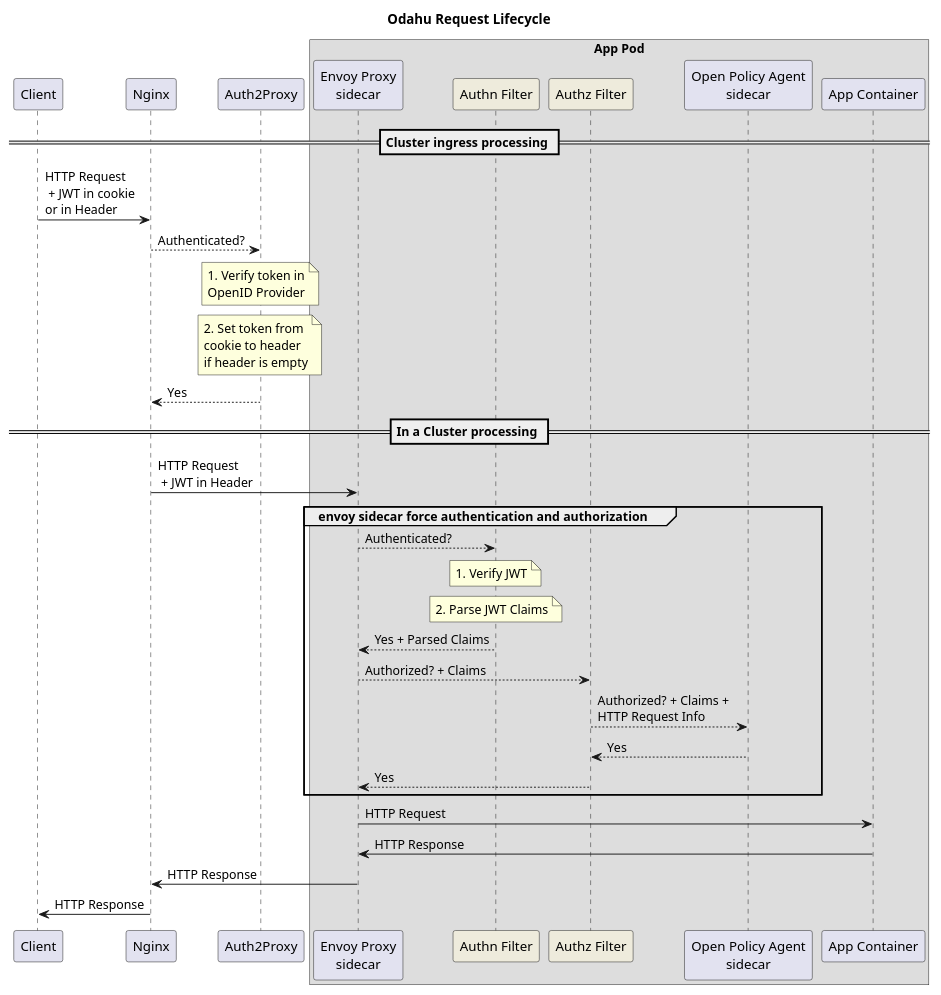
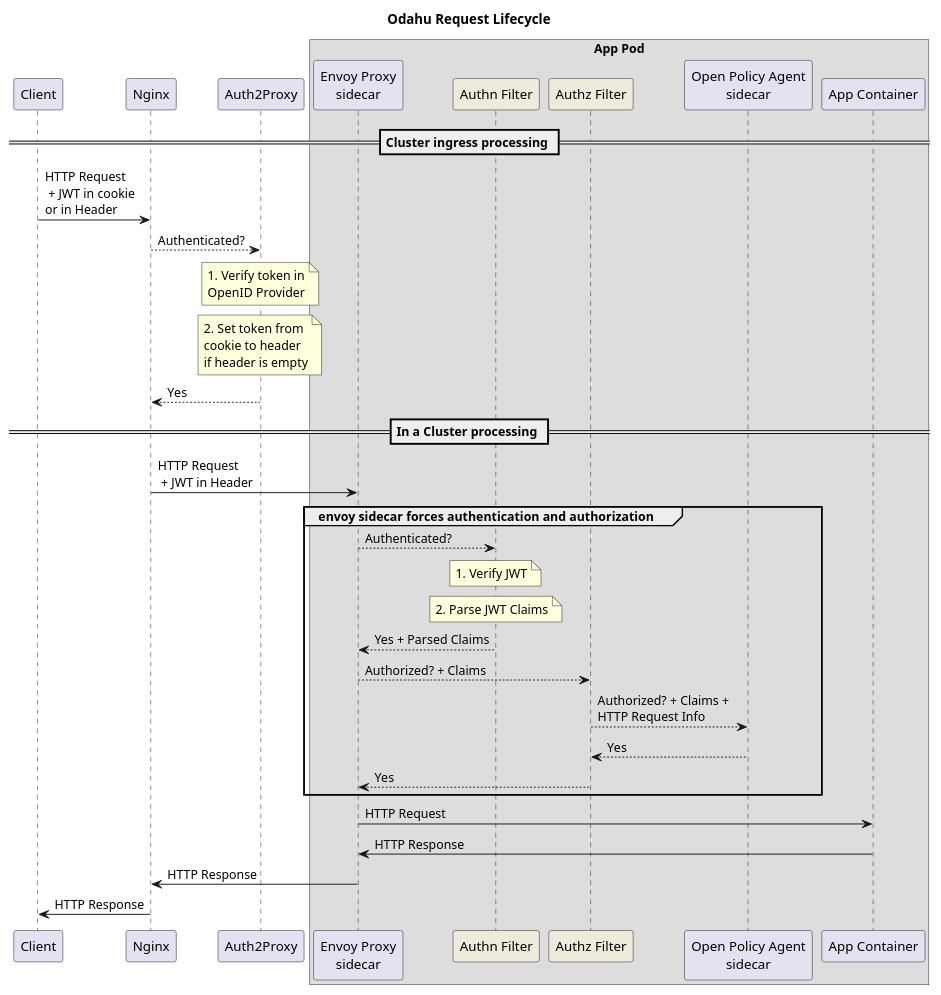
One commit to odahu/odahu-docs changed the diagram in source/uml/odahu_security_sequence.puml. Above: the diagram before and after it, drawn with PlantUML. The commit also changed 1 other file, not shown here.

```diff
--- a/source/uml/odahu_security_sequence.puml
+++ b/source/uml/odahu_security_sequence.puml
@@ -1,43 +1,43 @@
 @startuml
 
 participant Client order 10
 participant Nginx order 20
 participant Auth2Proxy order 30
 
 box "App Pod"
 participant "Envoy Proxy\nsidecar" order 40
 participant "Authn Filter" order 40 #EEEBDC
 participant "Authz Filter" order 50 #EEEBDC
 
 participant "Open Policy Agent\nsidecar" order 60
 participant "App Container" order 70
 endbox
 
 title Odahu Request Lifecycle
 
 == Cluster ingress processing ==
 
 Client -> Nginx: HTTP Request\n + JWT in cookie\nor in Header
 Nginx --> Auth2Proxy: Authenticated?
 note over Auth2Proxy: 1. Verify token in\nOpenID Provider
 note over Auth2Proxy: 2. Set token from \ncookie to header\nif header is empty
 Auth2Proxy --> Nginx: Yes
 == In a Cluster processing ==
 Nginx -> "Envoy Proxy\nsidecar": HTTP Request\n + JWT in Header
 
-group envoy sidecar force authentication and authorization
+group envoy sidecar forces authentication and authorization
 "Envoy Proxy\nsidecar" --> "Authn Filter": Authenticated?
 note over "Authn Filter": 1. Verify JWT
 note over "Authn Filter": 2. Parse JWT Claims
 "Authn Filter" --> "Envoy Proxy\nsidecar": Yes + Parsed Claims
 "Envoy Proxy\nsidecar" --> "Authz Filter": Authorized? + Claims
 "Authz Filter" --> "Open Policy Agent\nsidecar": Authorized? + Claims + \nHTTP Request Info
 "Open Policy Agent\nsidecar" --> "Authz Filter": Yes
 "Authz Filter" --> "Envoy Proxy\nsidecar": Yes
 end
 "Envoy Proxy\nsidecar" -> "App Container": HTTP Request
 "App Container" -> "Envoy Proxy\nsidecar": HTTP Response
 "Envoy Proxy\nsidecar" -> Nginx: HTTP Response
 Nginx -> Client: HTTP Response
 
 @enduml
```
